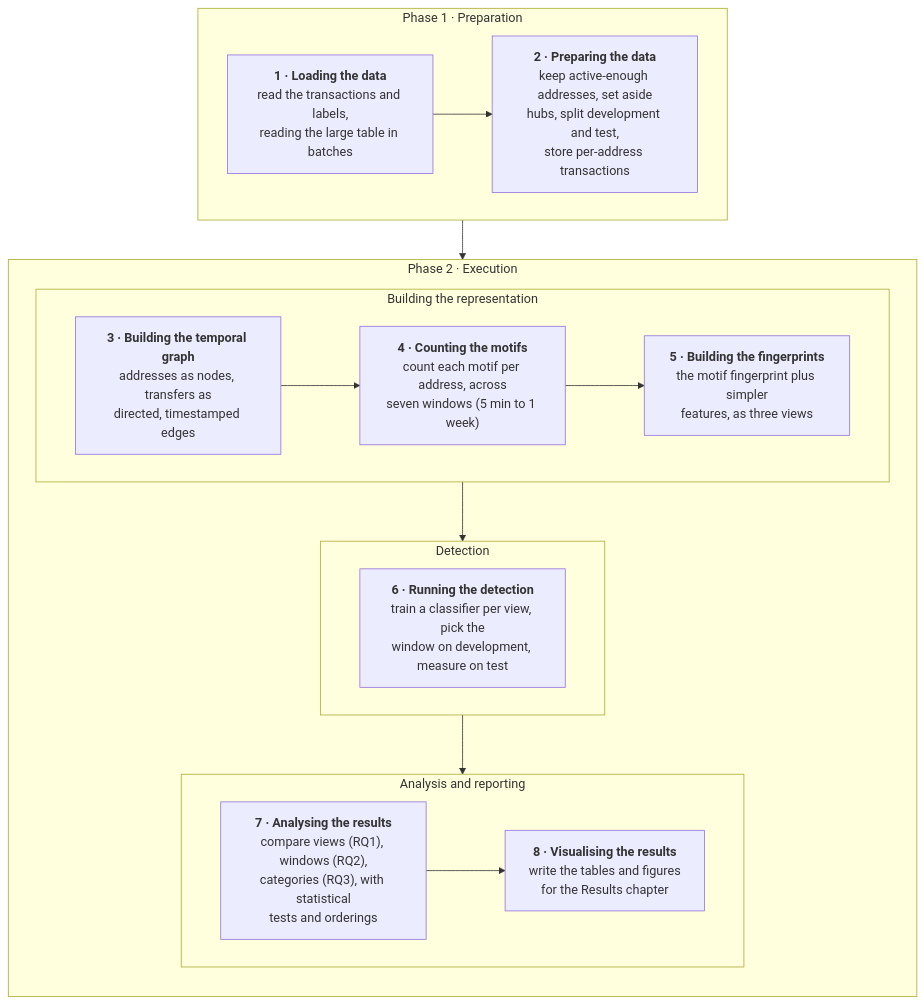
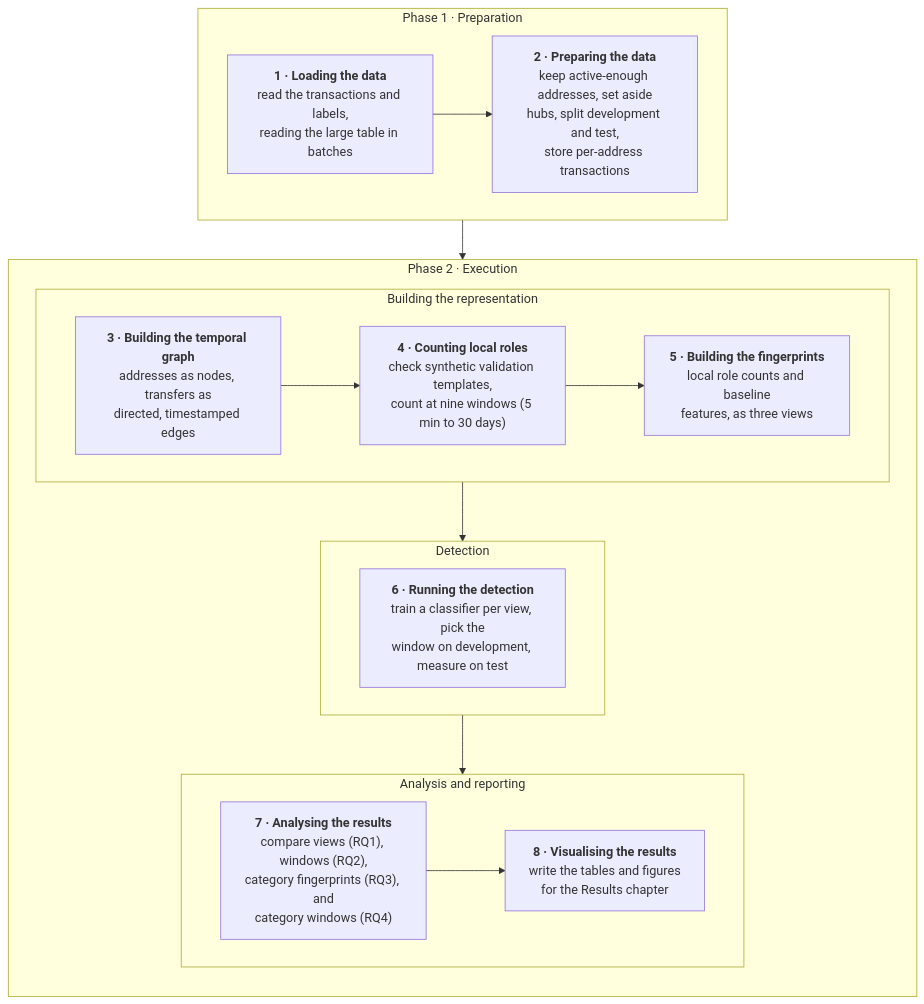
The diagram in diagrams/05-method-steps.mmd (sbrucknerh/bachelor_thesis), drawn with Mermaid before and after one commit. The commit also changed 108 other files, not shown here.

```diff
--- a/diagrams/05-method-steps.mmd
+++ b/diagrams/05-method-steps.mmd
@@ -1,38 +1,40 @@
-%% The eight steps of the Method system overview (Section 4.1). The two phases of
+%% Semantic source for the eight steps of the Method system overview.
+%% Print figures use scripts/render_thesis_feedback_figures.py for fixed-size type.
+%% The two phases of
 %% the text (preparation, execution) run top to bottom, with the execution phase
 %% split into its representation, detection, and analysis stages.
 flowchart TD
 
     subgraph PREP["Phase 1 &middot; Preparation"]
         direction LR
         S1["<b>1 &middot; Loading the data</b><br/>read the transactions and labels,<br/>reading the large table in batches"]
         S2["<b>2 &middot; Preparing the data</b><br/>keep active-enough addresses, set aside<br/>hubs, split development and test,<br/>store per-address transactions"]
         S1 --> S2
     end
 
     subgraph EXEC["Phase 2 &middot; Execution"]
         direction TB
 
         subgraph REP["Building the representation"]
             direction LR
             S3["<b>3 &middot; Building the temporal graph</b><br/>addresses as nodes, transfers as<br/>directed, timestamped edges"]
-            S4["<b>4 &middot; Counting the motifs</b><br/>count each motif per address, across<br/>seven windows (5 min to 1 week)"]
-            S5["<b>5 &middot; Building the fingerprints</b><br/>the motif fingerprint plus simpler<br/>features, as three views"]
+            S4["<b>4 &middot; Counting local roles</b><br/>check synthetic validation templates,<br/>count at nine windows (5 min to 30 days)"]
+            S5["<b>5 &middot; Building the fingerprints</b><br/>local role counts and baseline<br/>features, as three views"]
             S3 --> S4 --> S5
         end
 
         subgraph DET["Detection"]
             S6["<b>6 &middot; Running the detection</b><br/>train a classifier per view, pick the<br/>window on development, measure on test"]
         end
 
         subgraph ANA["Analysis and reporting"]
             direction LR
-            S7["<b>7 &middot; Analysing the results</b><br/>compare views (RQ1), windows (RQ2),<br/>categories (RQ3), with statistical<br/>tests and orderings"]
+            S7["<b>7 &middot; Analysing the results</b><br/>compare views (RQ1), windows (RQ2),<br/>category fingerprints (RQ3), and<br/>category windows (RQ4)"]
             S8["<b>8 &middot; Visualising the results</b><br/>write the tables and figures<br/>for the Results chapter"]
             S7 --> S8
         end
 
         REP --> DET --> ANA
     end
 
     PREP --> EXEC
```
